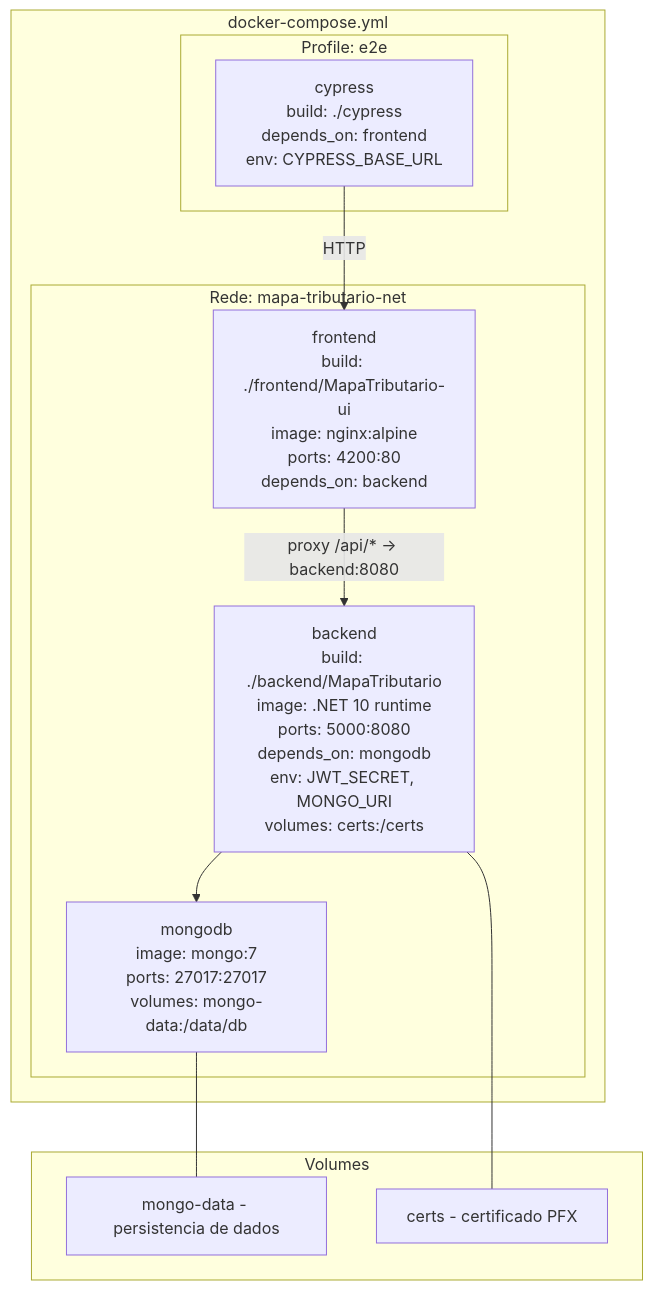
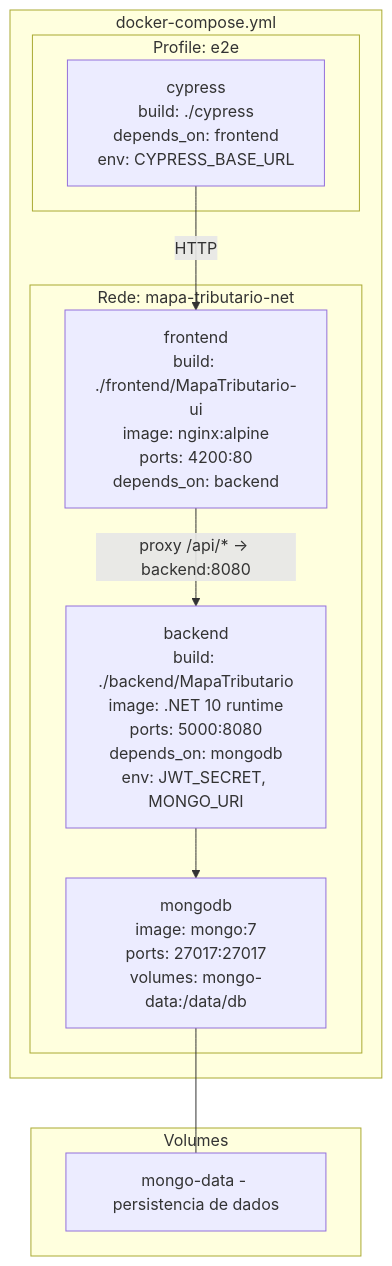
One commit to john182/poc-open-spec changed the eighth of 8 diagrams in docs/technical-doc.md. Above: the diagram before and after it, drawn with Mermaid. The commit also changed other lines of this file and 2 other files, not shown here.

````diff
--- a/docs/technical-doc.md
+++ b/docs/technical-doc.md
@@ -679,27 +681,25 @@
 ```mermaid
 graph TB
     subgraph "docker-compose.yml"
         subgraph "Rede: mapa-tributario-net"
             FE["frontend<br/>build: ./frontend/MapaTributario-ui<br/>image: nginx:alpine<br/>ports: 4200:80<br/>depends_on: backend"]
 
-            BE["backend<br/>build: ./backend/MapaTributario<br/>image: .NET 10 runtime<br/>ports: 5000:8080<br/>depends_on: mongodb<br/>env: JWT_SECRET, MONGO_URI<br/>volumes: certs:/certs"]
+            BE["backend<br/>build: ./backend/MapaTributario<br/>image: .NET 10 runtime<br/>ports: 5000:8080<br/>depends_on: mongodb<br/>env: JWT_SECRET, MONGO_URI"]
 
             MG["mongodb<br/>image: mongo:7<br/>ports: 27017:27017<br/>volumes: mongo-data:/data/db"]
         end
 
         subgraph "Profile: e2e"
             CY["cypress<br/>build: ./cypress<br/>depends_on: frontend<br/>env: CYPRESS_BASE_URL"]
         end
     end
 
     subgraph "Volumes"
         V1["mongo-data - persistencia de dados"]
-        V2["certs - certificado PFX"]
     end
 
     FE -->|"proxy /api/* -> backend:8080"| BE
     BE --> MG
     MG --- V1
-    BE --- V2
     CY -->|HTTP| FE
 ```
````
